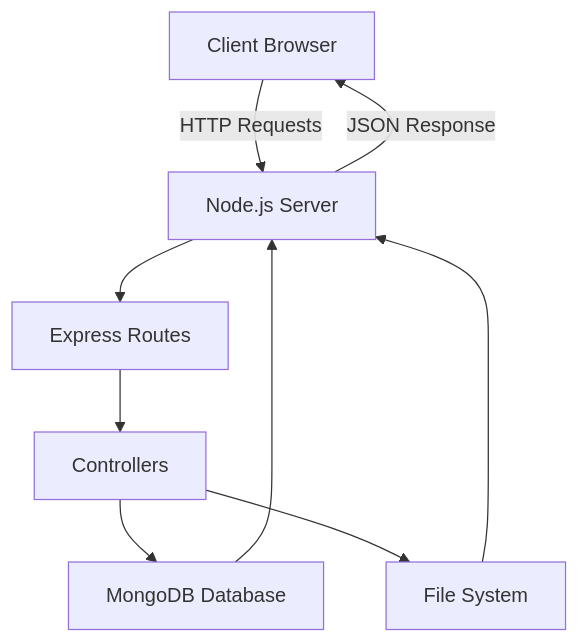
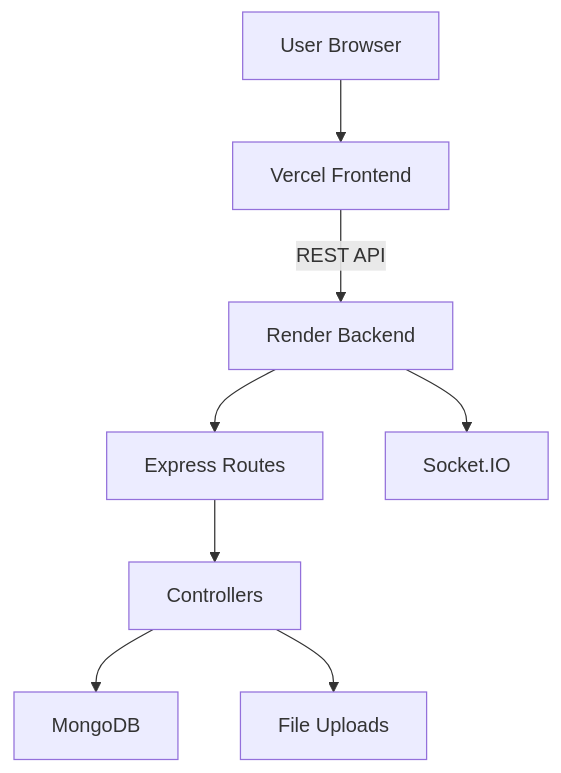
Before and after one commit to RishabhDotIn/Gradion: the diagram in README.md, drawn with Mermaid. The commit also changed other lines of this file, not shown here.

````diff
--- a/README.md
+++ b/README.md
@@ -80,13 +73,10 @@
 ```mermaid
 graph TD
-
-A[Client Browser] -->|HTTP Requests| B[Node.js Server]
-B --> C[Express Routes]
-C --> D[Controllers]
-D --> E[MongoDB Database]
-D --> F[File System]
-
-E --> B
-F --> B
-B -->|JSON Response| A
+  U[User Browser] --> V[Vercel Frontend]
+  V -->|REST API| R[Render Backend]
+  R --> C[Express Routes]
+  C --> M[Controllers]
+  M --> D[MongoDB]
+  M --> F[File Uploads]
+  R --> S[Socket.IO]
 ```
````
